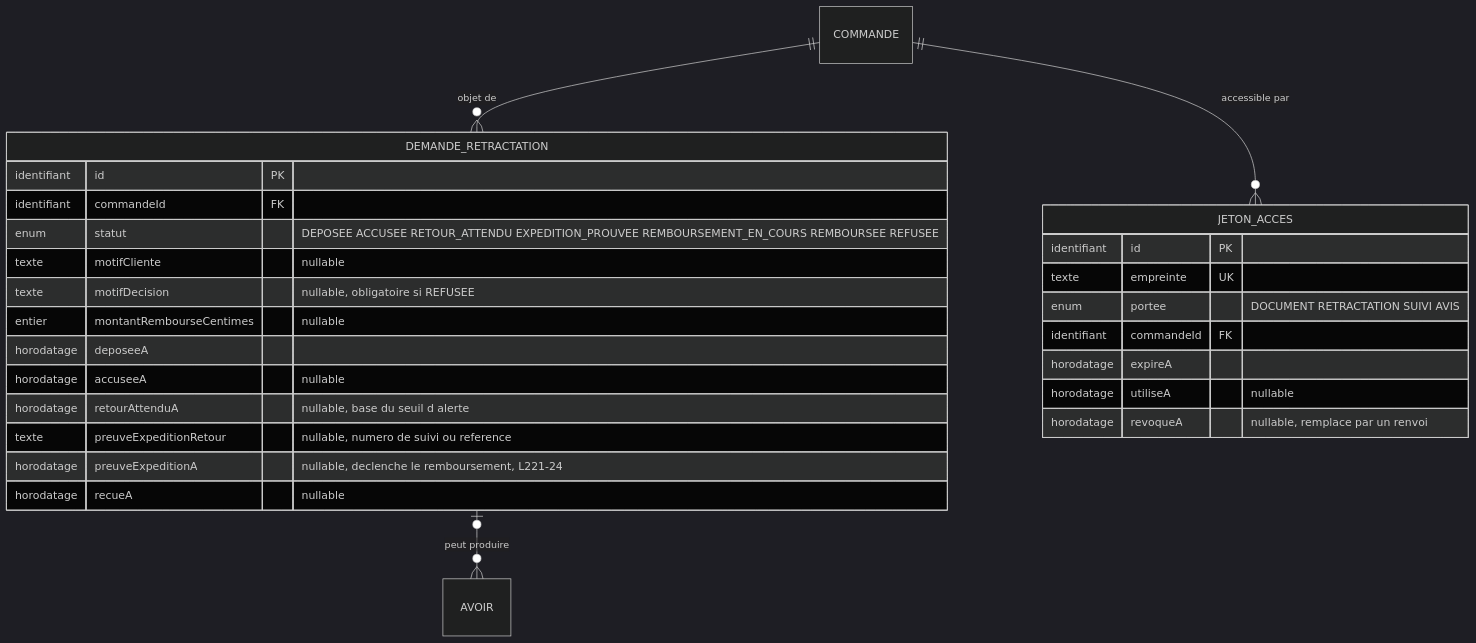
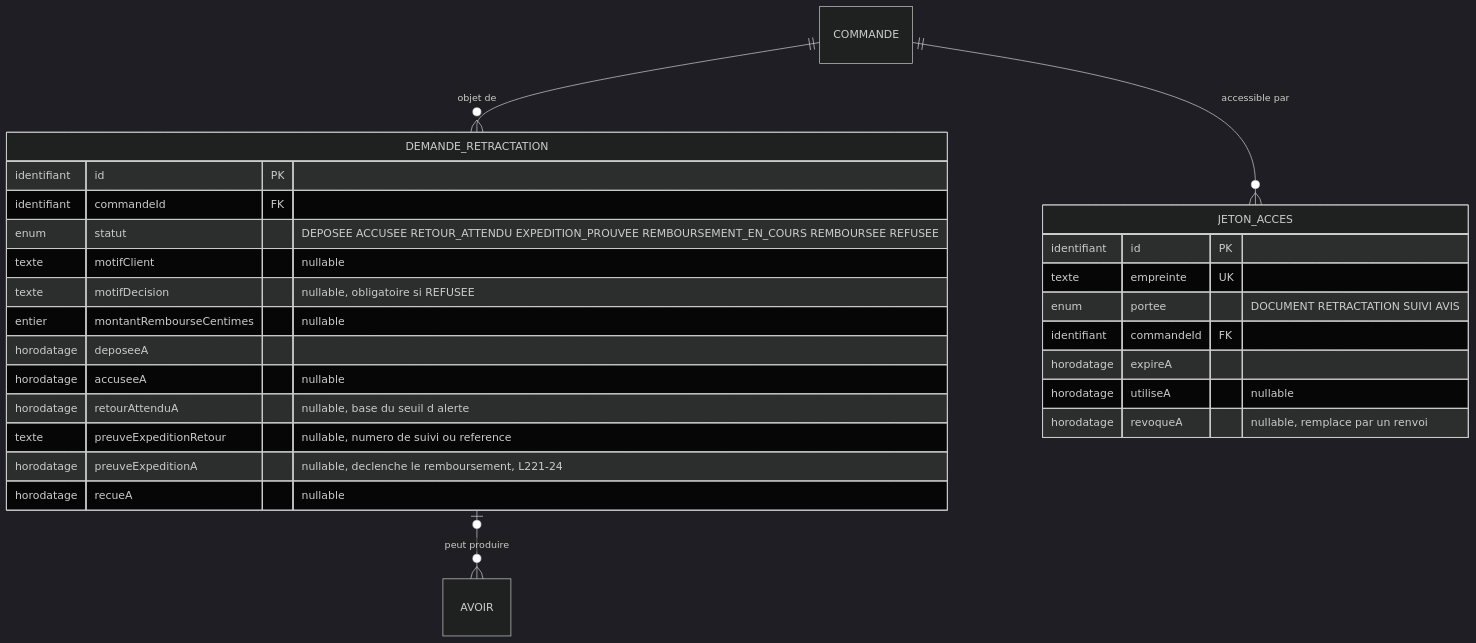
Before and after one commit to krismos64/lune-soleil: the seventh of 9 diagrams in docs/architecture/MODELE-CONCEPTUEL.md, drawn with Mermaid (dark theme). The commit also changed other lines of this file and 1 other file, not shown here.

````diff
--- a/docs/architecture/MODELE-CONCEPTUEL.md
+++ b/docs/architecture/MODELE-CONCEPTUEL.md
@@ -842,30 +873,30 @@
 ```mermaid
 erDiagram
     COMMANDE ||--o{ DEMANDE_RETRACTATION : "objet de"
     COMMANDE ||--o{ JETON_ACCES : "accessible par"
     DEMANDE_RETRACTATION |o--o{ AVOIR : "peut produire"
 
     DEMANDE_RETRACTATION {
         identifiant id PK
         identifiant commandeId FK
         enum statut "DEPOSEE ACCUSEE RETOUR_ATTENDU EXPEDITION_PROUVEE REMBOURSEMENT_EN_COURS REMBOURSEE REFUSEE"
-        texte motifCliente "nullable"
+        texte motifClient "nullable"
         texte motifDecision "nullable, obligatoire si REFUSEE"
         entier montantRembourseCentimes "nullable"
         horodatage deposeeA
         horodatage accuseeA "nullable"
         horodatage retourAttenduA "nullable, base du seuil d alerte"
         texte preuveExpeditionRetour "nullable, numero de suivi ou reference"
         horodatage preuveExpeditionA "nullable, declenche le remboursement, L221-24"
         horodatage recueA "nullable"
     }
     JETON_ACCES {
         identifiant id PK
         texte empreinte UK
         enum portee "DOCUMENT RETRACTATION SUIVI AVIS"
         identifiant commandeId FK
         horodatage expireA
         horodatage utiliseA "nullable"
         horodatage revoqueA "nullable, remplace par un renvoi"
     }
 ```
````
